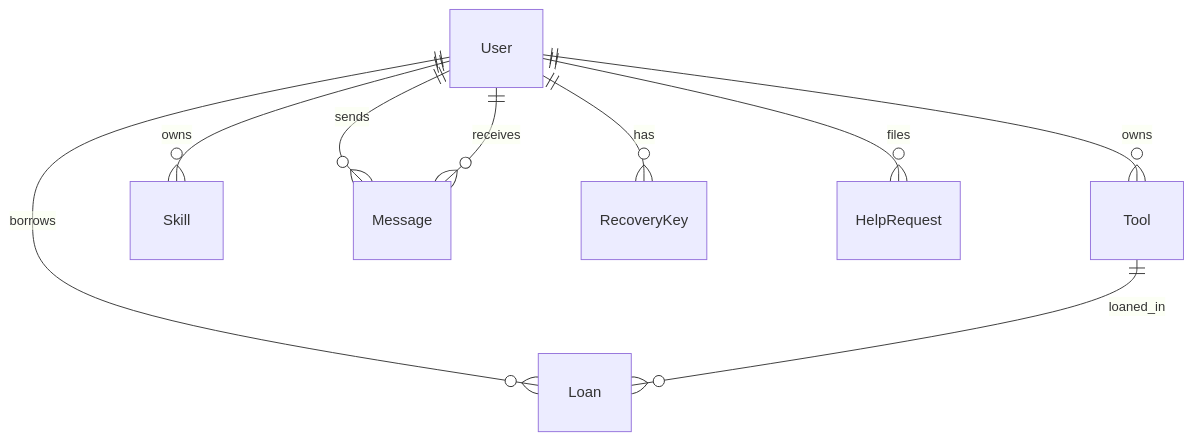
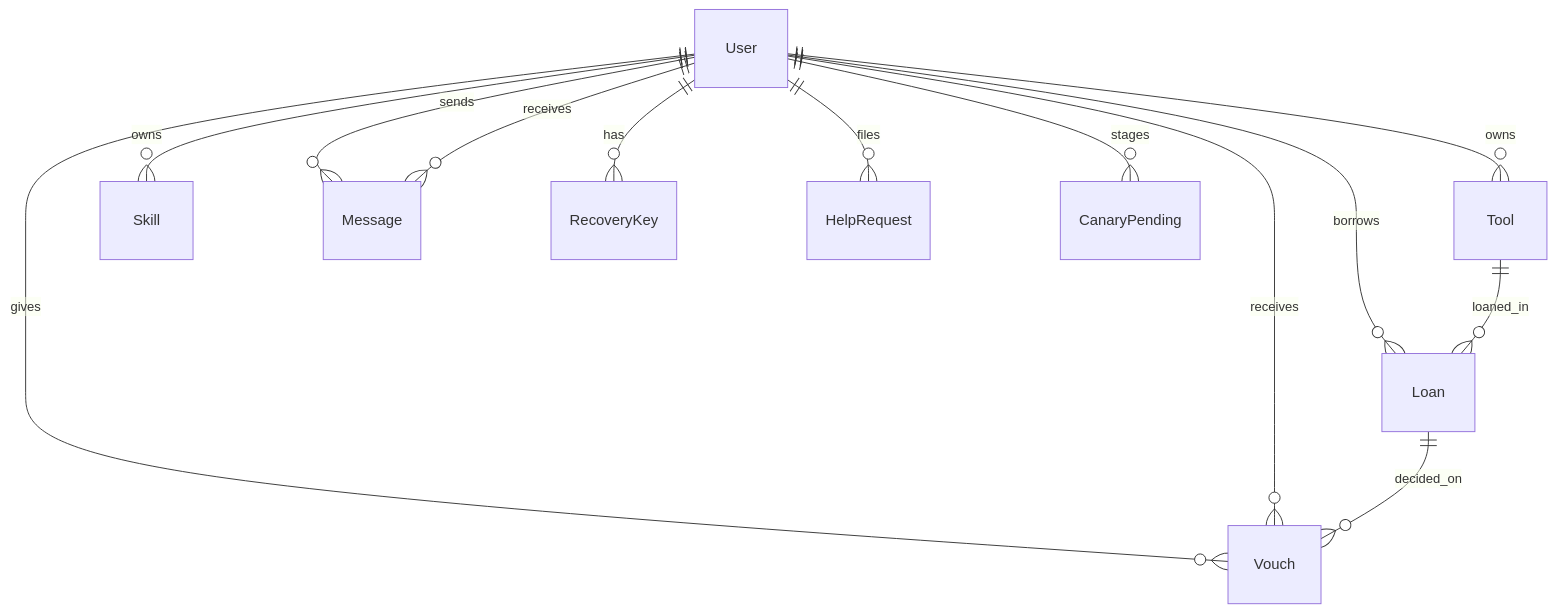
The second of 2 diagrams in README.md (csanders01914/toolslibrary), drawn with Mermaid before and after one commit. The commit also changed other lines of this file and 4 other files, not shown here.

````diff
--- a/README.md
+++ b/README.md
@@ -264,11 +316,15 @@
 ```mermaid
 erDiagram
     User ||--o{ Tool : "owns"
     User ||--o{ Skill : "owns"
     User ||--o{ Loan : "borrows"
     User ||--o{ Message : "sends"
     User ||--o{ Message : "receives"
     User ||--o{ RecoveryKey : "has"
     User ||--o{ HelpRequest : "files"
+    User ||--o{ Vouch : "gives"
+    User ||--o{ Vouch : "receives"
+    User ||--o{ CanaryPending : "stages"
     Tool ||--o{ Loan : "loaned_in"
+    Loan ||--o{ Vouch : "decided_on"
 ```
````
